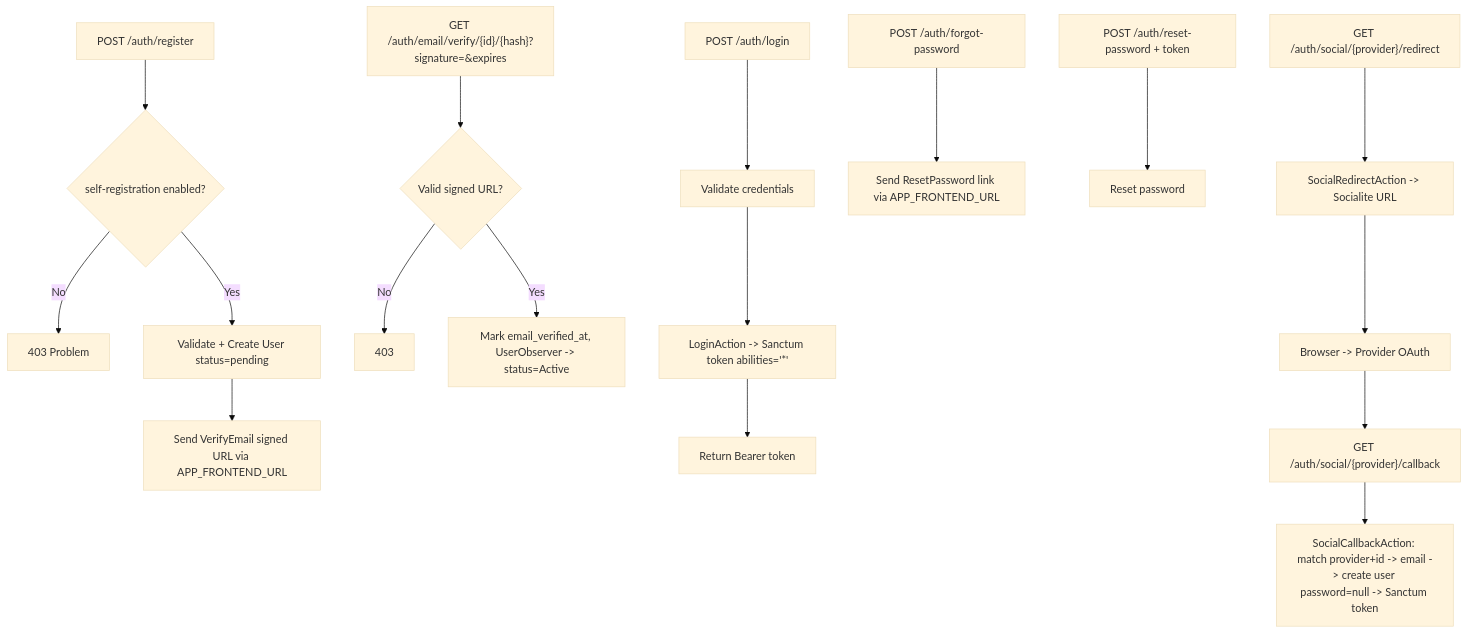
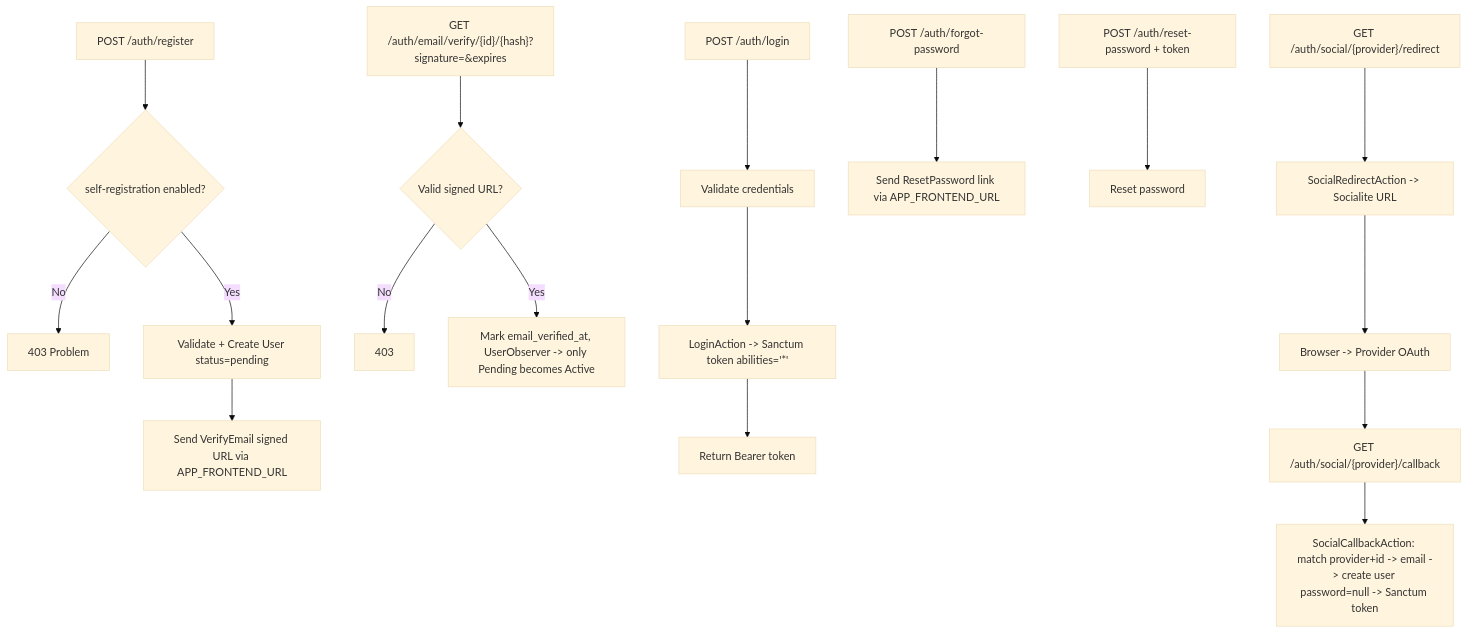
The second of 4 diagrams in modules/IAM/README.md (thomiOmi/laravel-starterkit-api), drawn with Mermaid (base theme) before and after one commit. The commit also changed other lines of this file and 4 other files, not shown here.

````diff
--- a/modules/IAM/README.md
+++ b/modules/IAM/README.md
@@ -107,19 +107,19 @@
 ```mermaid
 flowchart TD
     A["POST /auth/register"] --> B{"self-registration enabled?"}
     B -- "No" --> B1["403 Problem"]
     B -- "Yes" --> C["Validate + Create User status=pending"]
     C --> D["Send VerifyEmail signed URL via APP_FRONTEND_URL"]
     E["GET /auth/email/verify/{id}/{hash}?signature=&expires"] --> F{"Valid signed URL?"}
     F -- "No" --> F1["403"]
-    F -- "Yes" --> G["Mark email_verified_at, UserObserver -> status=Active"]
+    F -- "Yes" --> G["Mark email_verified_at, UserObserver -> only Pending becomes Active"]
     H["POST /auth/login"] --> H1["Validate credentials"]
     H1 --> H2["LoginAction -> Sanctum token abilities='*'"]
     H2 --> H3["Return Bearer token"]
     I["POST /auth/forgot-password"] --> I1["Send ResetPassword link via APP_FRONTEND_URL"]
     J["POST /auth/reset-password + token"] --> J1["Reset password"]
     S1["GET /auth/social/{provider}/redirect"] --> S2["SocialRedirectAction -> Socialite URL"]
     S2 --> S3["Browser -> Provider OAuth"]
     S3 --> S4["GET /auth/social/{provider}/callback"]
     S4 --> S5["SocialCallbackAction: match provider+id -> email -> create user password=null -> Sanctum token"]
 ```
````
